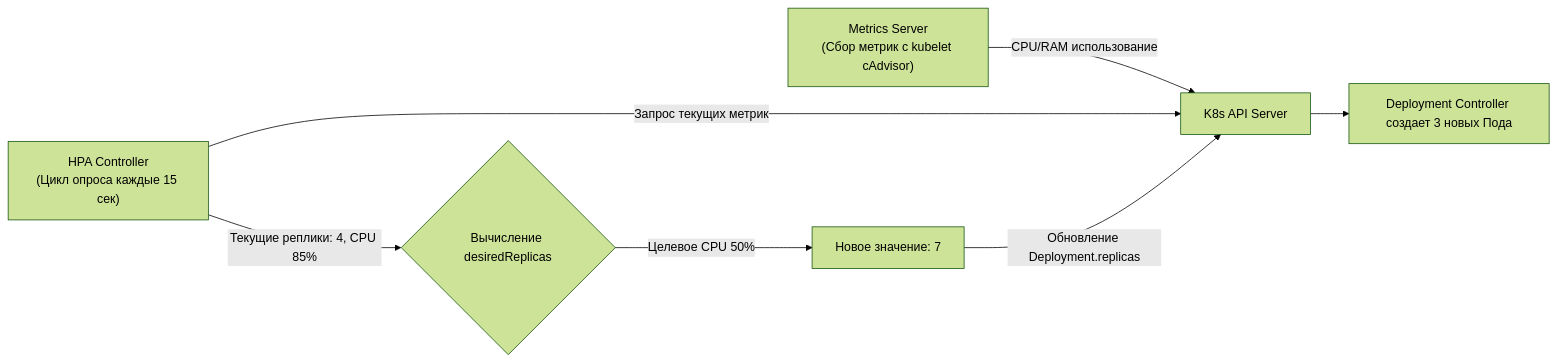
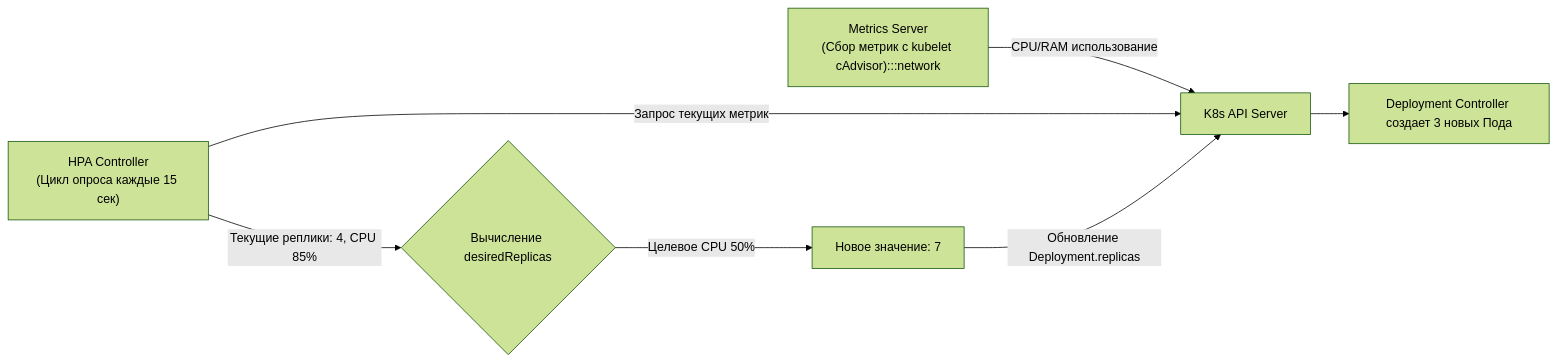
One commit to UnrealTemplier/go-textbook changed the first of 5 diagrams in sources/19. Инфраструктура. Linux, nginx, Docker, Kubernetes/04. Kubernetes/5. Scaling и autoscaling.md. Above: the diagram before and after it, drawn with Mermaid (forest theme). The commit also changed other lines of this file and 1666 other files, not shown here.

First line of the commit message:
feat(mermaid): add semantic color classDef to 1369 colorless flowchart/graph diagrams

````diff
--- a/sources/19. Инфраструктура. Linux, nginx, Docker, Kubernetes/04. Kubernetes/5. Scaling и autoscaling.md
+++ b/sources/19. Инфраструктура. Linux, nginx, Docker, Kubernetes/04. Kubernetes/5. Scaling и autoscaling.md
@@ -20,9 +20,19 @@
 ```mermaid
 flowchart LR
-    A["Metrics Server\n(Сбор метрик с kubelet cAdvisor)"] -->|"CPU/RAM использование"| B["K8s API Server"]
+    classDef process  fill:#1e293b,stroke:#38bdf8,stroke-width:1px,color:#f8fafc
+    classDef success  fill:#064e3b,stroke:#34d399,stroke-width:1px,color:#f8fafc
+    classDef error    fill:#7f1d1d,stroke:#f87171,stroke-width:1px,color:#f8fafc
+    classDef warning  fill:#78350f,stroke:#fbbf24,stroke-width:1px,color:#f8fafc
+    classDef entry    fill:#1e3a5f,stroke:#38bdf8,stroke-width:2px,color:#f8fafc
+    classDef aux      fill:#334155,stroke:#64748b,stroke-width:1px,color:#f8fafc
+    classDef system   fill:#312e81,stroke:#a78bfa,stroke-width:1px,color:#f8fafc
+    classDef data     fill:#132d29,stroke:#2dd4bf,stroke-width:1px,color:#f8fafc
+    classDef network  fill:#881337,stroke:#fb7185,stroke-width:1px,color:#f8fafc
+    classDef accent   fill:#1e1b4b,stroke:#818cf8,stroke-width:1px,color:#f8fafc
+    A["Metrics Server\n(Сбор метрик с kubelet cAdvisor):::network"] -->|"CPU/RAM использование"| B["K8s API Server"]
     C["HPA Controller\n(Цикл опроса каждые 15 сек)"] -->|"Запрос текущих метрик"| B
     C -->|"Текущие реплики: 4, CPU 85%"| D{"Вычисление desiredReplicas"}
     D -->|"Целевое CPU 50%"| E["Новое значение: 7"]
     E -->|"Обновление Deployment.replicas"| B
     B --> F["Deployment Controller создает 3 новых Пода"]
 ```
````
